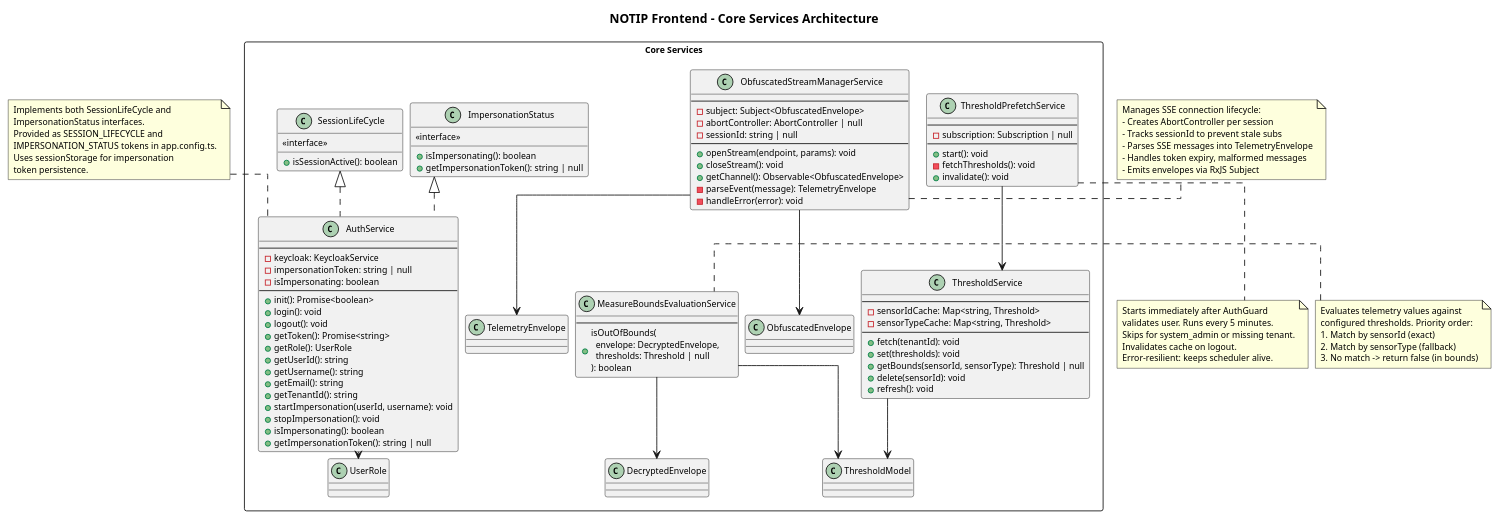
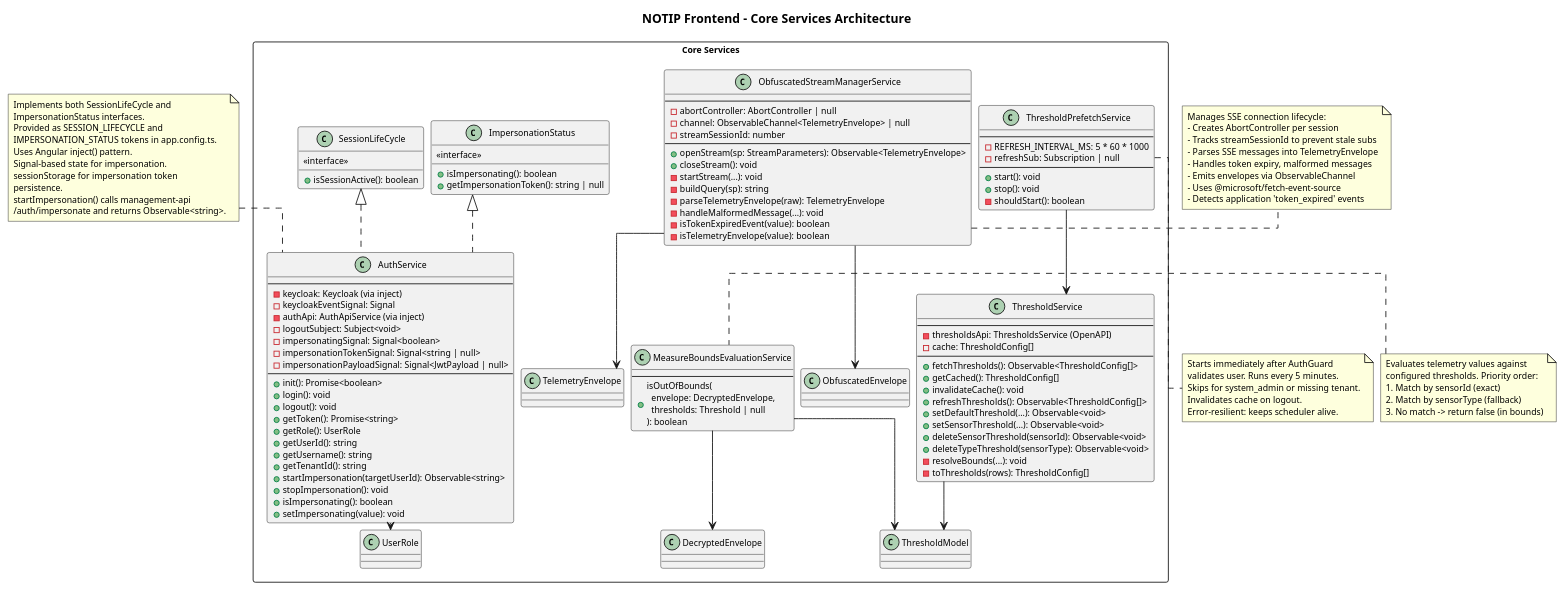
Before and after one commit to NoTIPswe/RepoDocumentale: the diagram in docs/13-pb/docest/specifica_tecnica_frontend/assets/05-core-services.puml, drawn with PlantUML. The commit also changed 6 other files, not shown here.

```diff
--- a/docs/13-pb/docest/specifica_tecnica_frontend/assets/05-core-services.puml
+++ b/docs/13-pb/docest/specifica_tecnica_frontend/assets/05-core-services.puml
@@ -1,132 +1,150 @@
 @startuml
 title NOTIP Frontend - Core Services Architecture
 
 skinparam backgroundColor #FFFFFF
 skinparam defaultFontSize 10
 skinparam defaultFontColor #000000
 skinparam nodesep 8
 skinparam ranksep 8
 skinparam linetype ortho
 
 package "Core Services" <<Rectangle>> {
   class "AuthService" as AuthService {
     --
-    -keycloak: KeycloakService
-    -impersonationToken: string | null
-    -isImpersonating: boolean
+    -keycloak: Keycloak (via inject)
+    -keycloakEventSignal: Signal
+    -authApi: AuthApiService (via inject)
+    -logoutSubject: Subject<void>
+    -impersonatingSignal: Signal<boolean>
+    -impersonationTokenSignal: Signal<string | null>
+    -impersonationPayloadSignal: Signal<JwtPayload | null>
     --
     +init(): Promise<boolean>
     +login(): void
     +logout(): void
     +getToken(): Promise<string>
     +getRole(): UserRole
     +getUserId(): string
     +getUsername(): string
-    +getEmail(): string
     +getTenantId(): string
-    +startImpersonation(userId, username): void
+    +startImpersonation(targetUserId): Observable<string>
     +stopImpersonation(): void
     +isImpersonating(): boolean
-    +getImpersonationToken(): string | null
+    +setImpersonating(value): void
   }
 
   class "SessionLifeCycle" as SessionLifeCycle {
     <<interface>>
     +isSessionActive(): boolean
   }
 
   class "ImpersonationStatus" as ImpersonationStatus {
     <<interface>>
     +isImpersonating(): boolean
     +getImpersonationToken(): string | null
   }
 
   class "ObfuscatedStreamManagerService" as ObfStreamMgr {
     --
-    -subject: Subject<ObfuscatedEnvelope>
     -abortController: AbortController | null
-    -sessionId: string | null
+    -channel: ObservableChannel<TelemetryEnvelope> | null
+    -streamSessionId: number
     --
-    +openStream(endpoint, params): void
+    +openStream(sp: StreamParameters): Observable<TelemetryEnvelope>
     +closeStream(): void
-    +getChannel(): Observable<ObfuscatedEnvelope>
-    -parseEvent(message): TelemetryEnvelope
-    -handleError(error): void
+    -startStream(...): void
+    -buildQuery(sp): string
+    -parseTelemetryEnvelope(raw): TelemetryEnvelope
+    -handleMalformedMessage(...): void
+    -isTokenExpiredEvent(value): boolean
+    -isTelemetryEnvelope(value): boolean
   }
 
   class "ThresholdPrefetchService" as ThresholdPrefetch {
     --
-    -subscription: Subscription | null
+    -REFRESH_INTERVAL_MS: 5 * 60 * 1000
+    -refreshSub: Subscription | null
     --
     +start(): void
-    -fetchThresholds(): void
-    +invalidate(): void
+    +stop(): void
+    -shouldStart(): boolean
   }
 
   class "ThresholdService" as ThresholdSvc {
     --
-    -sensorIdCache: Map<string, Threshold>
-    -sensorTypeCache: Map<string, Threshold>
+    -thresholdsApi: ThresholdsService (OpenAPI)
+    -cache: ThresholdConfig[]
     --
-    +fetch(tenantId): void
-    +set(thresholds): void
-    +getBounds(sensorId, sensorType): Threshold | null
-    +delete(sensorId): void
-    +refresh(): void
+    +fetchThresholds(): Observable<ThresholdConfig[]>
+    +getCached(): ThresholdConfig[]
+    +invalidateCache(): void
+    +refreshThresholds(): Observable<ThresholdConfig[]>
+    +setDefaultThreshold(...): Observable<void>
+    +setSensorThreshold(...): Observable<void>
+    +deleteSensorThreshold(sensorId): Observable<void>
+    +deleteTypeThreshold(sensorType): Observable<void>
+    -resolveBounds(...): void
+    -toThresholds(rows): ThresholdConfig[]
   }
 
   class "MeasureBoundsEvaluationService" as BoundsEval {
     --
     +isOutOfBounds(\n  envelope: DecryptedEnvelope,\n  thresholds: Threshold | null\n): boolean
   }
 
   ' Relationships
   SessionLifeCycle <|.. AuthService
   ImpersonationStatus <|.. AuthService
 
   AuthService --> UserRole
 
   ThresholdPrefetch --> ThresholdSvc
   ThresholdSvc --> ThresholdModel
   BoundsEval --> DecryptedEnvelope
   BoundsEval --> ThresholdModel
 
   ObfStreamMgr --> ObfuscatedEnvelope
   ObfStreamMgr --> TelemetryEnvelope
 }
 
 note top of AuthService
   Implements both SessionLifeCycle and
   ImpersonationStatus interfaces.
   Provided as SESSION_LIFECYCLE and
   IMPERSONATION_STATUS tokens in app.config.ts.
-  Uses sessionStorage for impersonation
-  token persistence.
+  Uses Angular inject() pattern.
+  Signal-based state for impersonation.
+  sessionStorage for impersonation token
+  persistence.
+  startImpersonation() calls management-api
+  /auth/impersonate and returns Observable<string>.
 end note
 
 note right of ObfStreamMgr
   Manages SSE connection lifecycle:
   - Creates AbortController per session
-  - Tracks sessionId to prevent stale subs
+  - Tracks streamSessionId to prevent stale subs
   - Parses SSE messages into TelemetryEnvelope
   - Handles token expiry, malformed messages
-  - Emits envelopes via RxJS Subject
+  - Emits envelopes via ObservableChannel
+  - Uses @microsoft/fetch-event-source
+  - Detects application 'token_expired' events
 end note
 
 note bottom of ThresholdPrefetch
   Starts immediately after AuthGuard
   validates user. Runs every 5 minutes.
   Skips for system_admin or missing tenant.
   Invalidates cache on logout.
   Error-resilient: keeps scheduler alive.
 end note
 
 note left of BoundsEval
   Evaluates telemetry values against
   configured thresholds. Priority order:
   1. Match by sensorId (exact)
   2. Match by sensorType (fallback)
   3. No match -> return false (in bounds)
 end note
 
 @enduml
```
